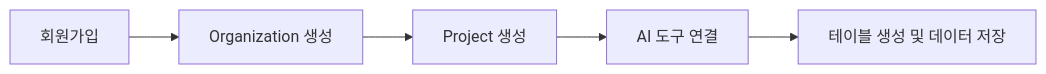
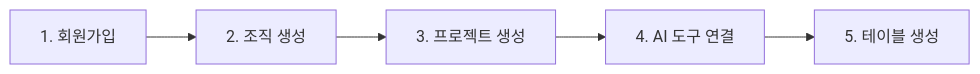
The diagram in ko/getting-started/02-quickstart.md (popup-studio-ai/bkend-docs), drawn with Mermaid before and after one commit. The commit also changed other lines of this file and 186 other files, not shown here.

````diff
--- a/ko/getting-started/02-quickstart.md
+++ b/ko/getting-started/02-quickstart.md
@@ -14,7 +15,7 @@
 ```mermaid
 flowchart LR
-    A[회원가입] --> B[Organization 생성]
-    B --> C[Project 생성]
-    C --> D[AI 도구 연결]
-    D --> E[테이블 생성 및 데이터 저장]
+    A[1. 회원가입] --> B[2. 조직 생성]
+    B --> C[3. 프로젝트 생성]
+    C --> D[4. AI 도구 연결]
+    D --> E[5. 테이블 생성]
 ```
````
